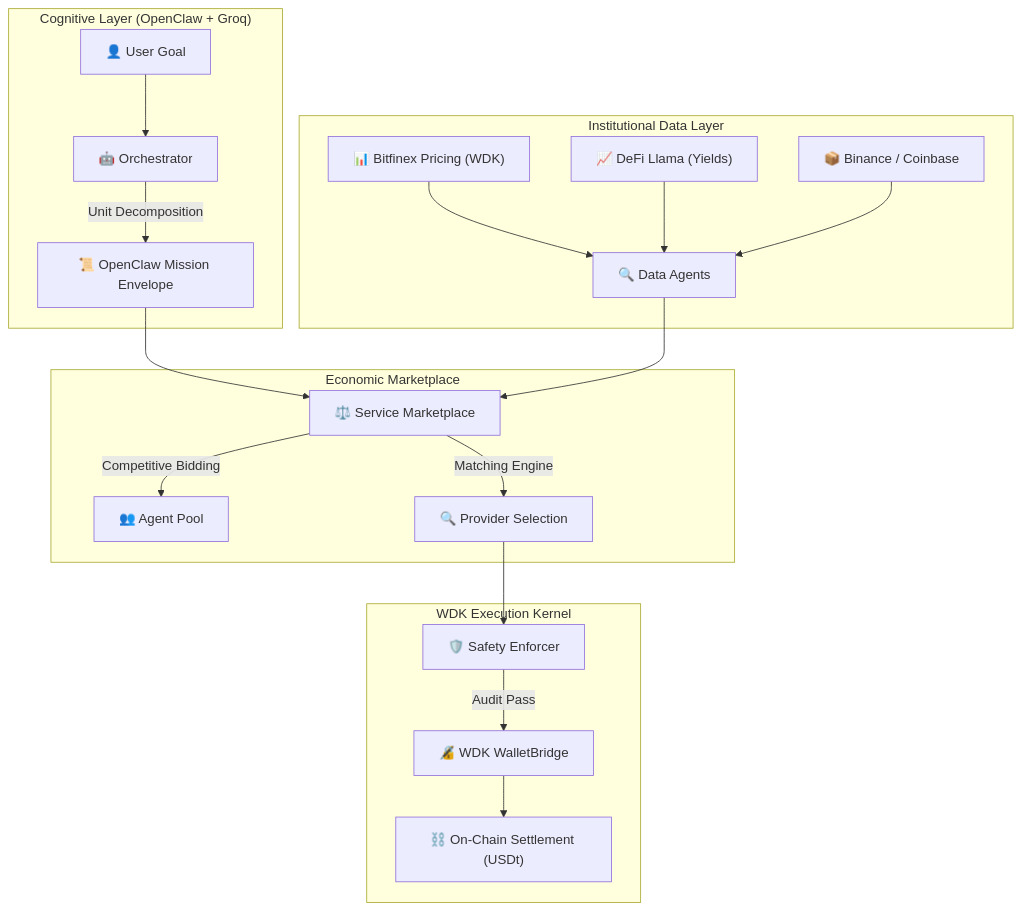
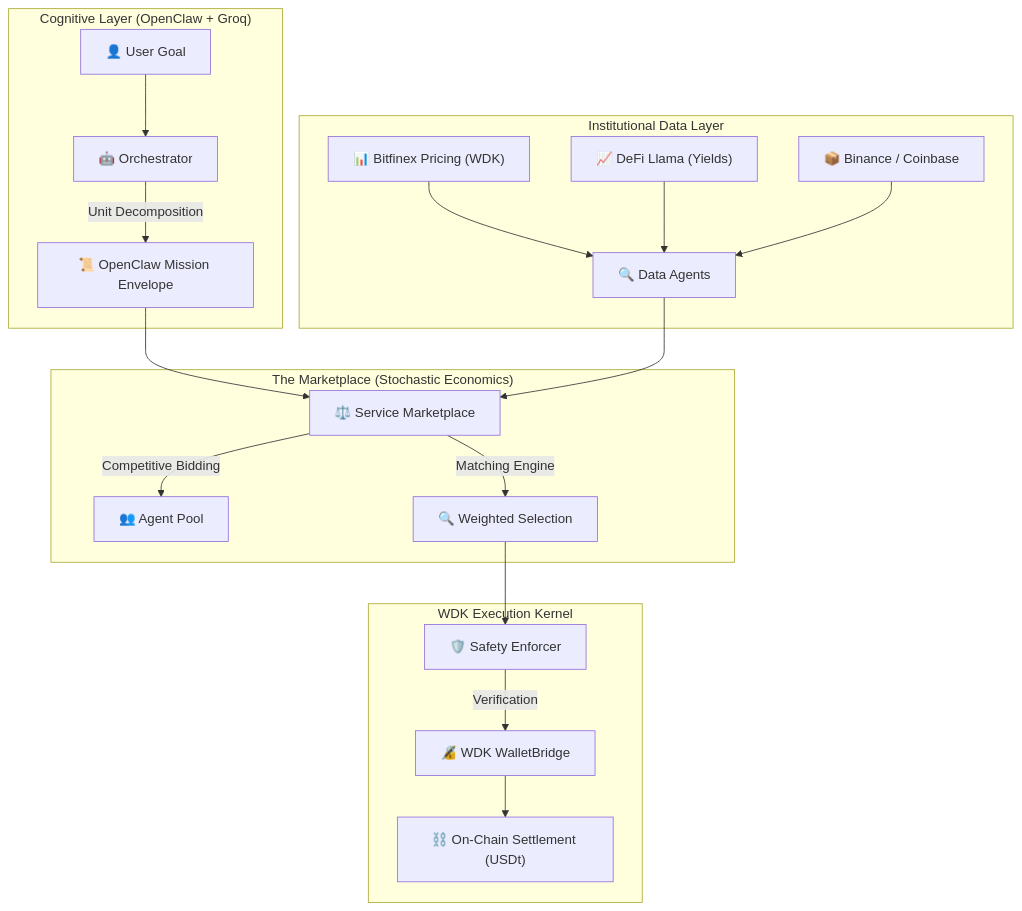
One commit to nevan-sonic/nevorax changed the first of 2 diagrams in README.md. Above: the diagram before and after it, drawn with Mermaid. The commit also changed other lines of this file, not shown here.

````diff
--- a/README.md
+++ b/README.md
@@ -30,26 +35,26 @@
 ```mermaid
 graph TD
     subgraph "Cognitive Layer (OpenClaw + Groq)"
         A["👤 User Goal"] --> B["🤖 Orchestrator"]
         B -->|Unit Decomposition| C["📜 OpenClaw Mission Envelope"]
     end
 
     subgraph "Institutional Data Layer"
         D["📊 Bitfinex Pricing (WDK)"] --> E["🔍 Data Agents"]
         F["📈 DeFi Llama (Yields)"] --> E
         G["📦 Binance / Coinbase"] --> E
     end
 
-    subgraph "Economic Marketplace"
+    subgraph "The Marketplace (Stochastic Economics)"
         C --> H["⚖️ Service Marketplace"]
         E --> H
         H -->|Competitive Bidding| I["👥 Agent Pool"]
-        H -->|Matching Engine| J["🔍 Provider Selection"]
+        H -->|Matching Engine| J["🔍 Weighted Selection"]
     end
 
     subgraph "WDK Execution Kernel"
         J --> K["🛡️ Safety Enforcer"]
-        K -->|Audit Pass| L["🔏 WDK WalletBridge"]
+        K -->|Verification| L["🔏 WDK WalletBridge"]
         L --> M["⛓️ On-Chain Settlement (USDt)"]
     end
 ```
````
